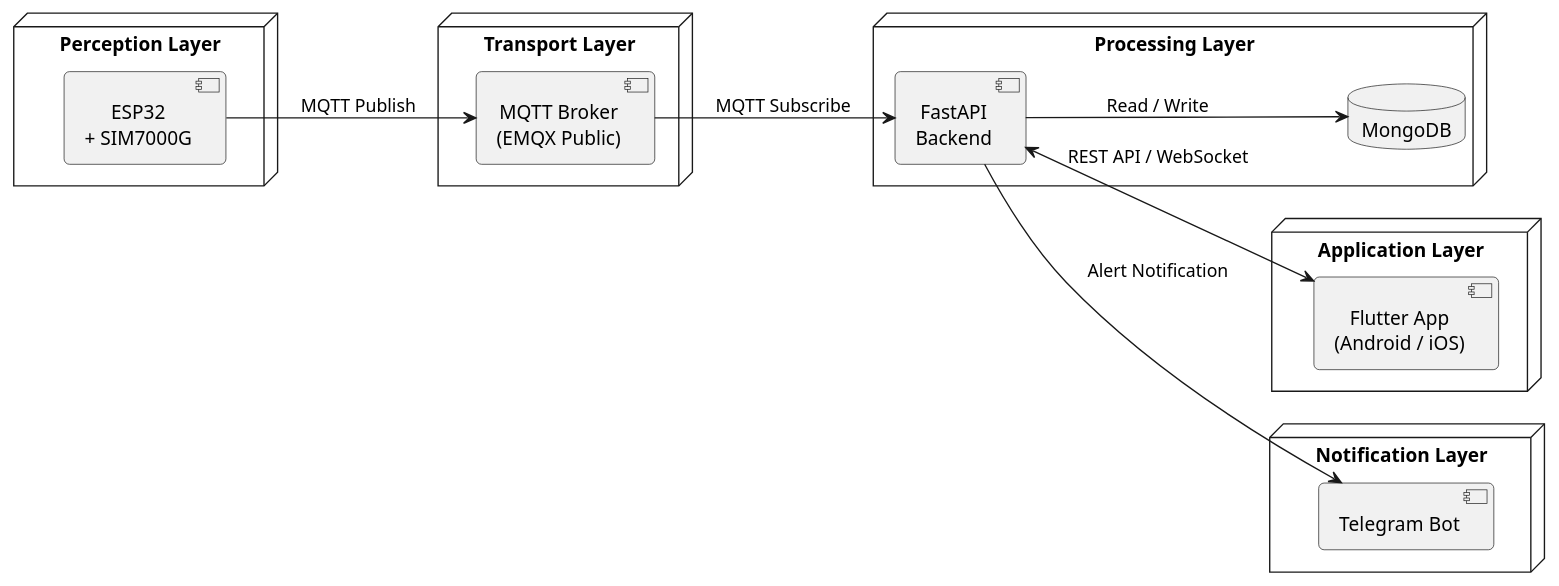
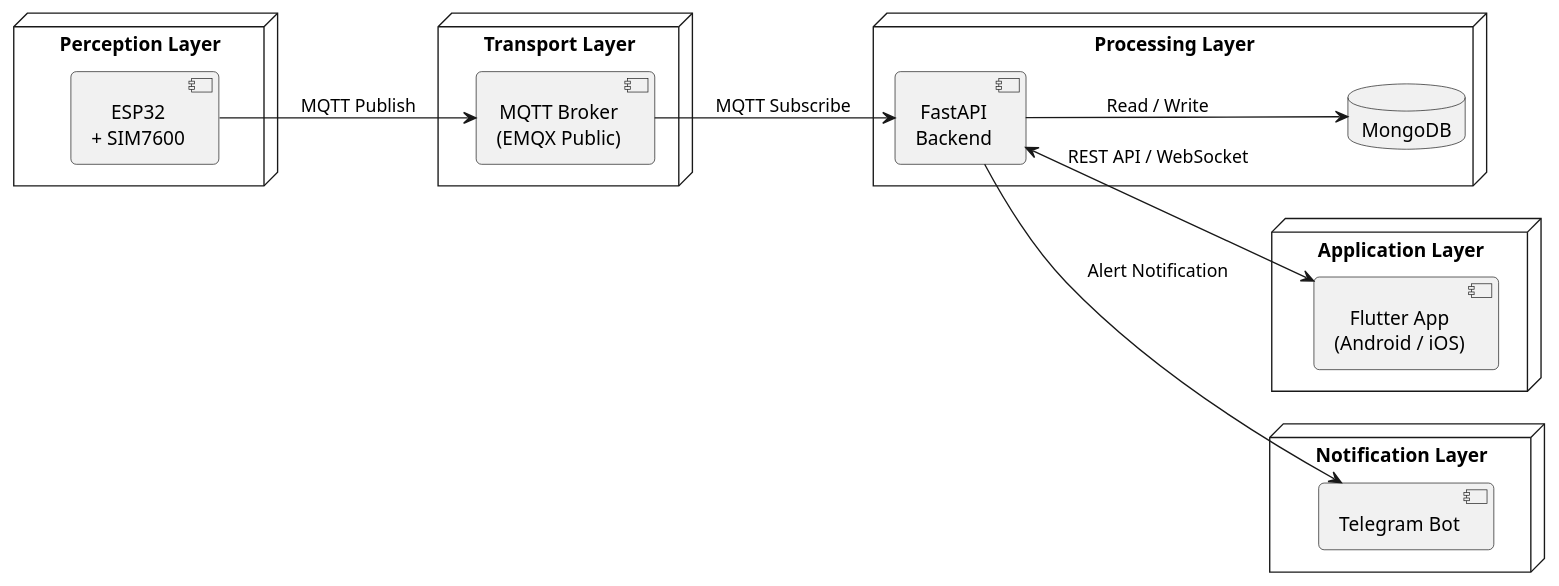
Before and after one commit to duongngdeptrai/DoAnTotNghiep_Working: the diagram in diagrams/diagram_01_architecture.puml, drawn with PlantUML. The commit also changed 50 other files, not shown here.

```diff
--- a/diagrams/diagram_01_architecture.puml
+++ b/diagrams/diagram_01_architecture.puml
@@ -1,35 +1,35 @@
 @startuml
 left to right direction
 skinparam defaultTextAlignment center
 skinparam maxMessageSize 150
 skinparam roundCorner 8
 skinparam backgroundColor white
 
 node "Perception Layer" {
-  component "ESP32\n+ SIM7000G" as device
+  component "ESP32\n+ SIM7600" as device
 }
 
 node "Transport Layer" {
   component "MQTT Broker\n(EMQX Public)" as broker
 }
 
 node "Processing Layer" {
   component "FastAPI\nBackend" as api
   database "MongoDB" as db
 }
 
 node "Application Layer" {
   component "Flutter App\n(Android / iOS)" as app
 }
 
 node "Notification Layer" {
   component "Telegram Bot" as telegram
 }
 
 device --> broker : MQTT Publish
 broker --> api : MQTT Subscribe
 api <--> app : REST API / WebSocket
 api --> db : Read / Write
 api --> telegram : Alert Notification
 
 @enduml
```
